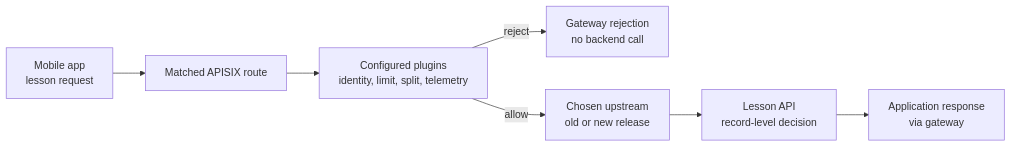
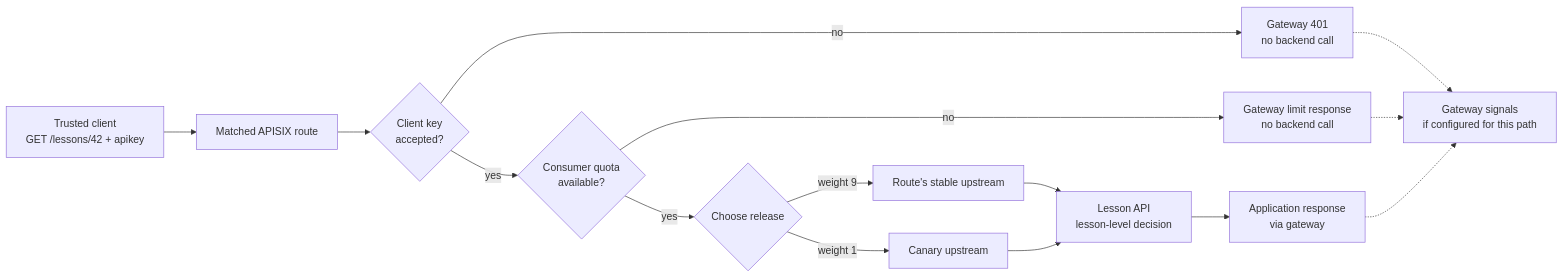
Before and after one commit to David-A18/MY-humble-knowledge-for-everyone: the diagram in knowledge/kubernetes/applications-and-tools/apisix-security-traffic-and-observability.md, drawn with Mermaid. The commit also changed other lines of this file and 5 other files, not shown here.

Commit message:
Clarify APISIX policy boundaries and telemetry evidence

````diff
--- a/knowledge/kubernetes/applications-and-tools/apisix-security-traffic-and-observability.md
+++ b/knowledge/kubernetes/applications-and-tools/apisix-security-traffic-and-observability.md
@@ -66,9 +77,17 @@
 ```mermaid
 flowchart LR
-  client["Mobile app<br/>lesson request"] --> route["Matched APISIX route"]
-  route --> plugins["Configured plugins<br/>identity, limit, split, telemetry"]
-  plugins -->|"reject"| gatewayReply["Gateway rejection<br/>no backend call"]
-  plugins -->|"allow"| upstream["Chosen upstream<br/>old or new release"]
-  upstream --> app["Lesson API<br/>record-level decision"]
-  app --> appReply["Application response<br/>via gateway"]
+  client["Trusted client<br/>GET /lessons/42 + apikey"] --> route["Matched APISIX route"]
+  route --> auth{"Client key<br/>accepted?"}
+  auth -- no --> denied["Gateway 401<br/>no backend call"]
+  auth -- yes --> quota{"Consumer quota<br/>available?"}
+  quota -- no --> limited["Gateway limit response<br/>no backend call"]
+  quota -- yes --> split{"Choose release"}
+  split -- "weight 9" --> stable["Route's stable upstream"]
+  split -- "weight 1" --> canary["Canary upstream"]
+  stable --> app["Lesson API<br/>lesson-level decision"]
+  canary --> app
+  app --> reply["Application response<br/>via gateway"]
+  denied -.-> signals["Gateway signals<br/>if configured for this path"]
+  limited -.-> signals
+  reply -.-> signals
 ```
````
